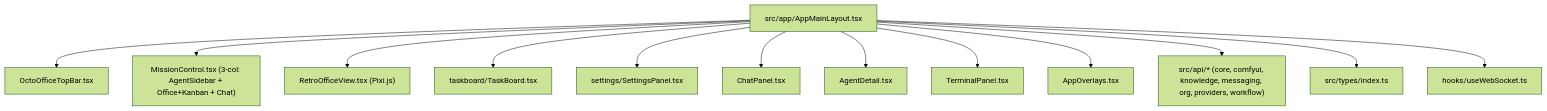
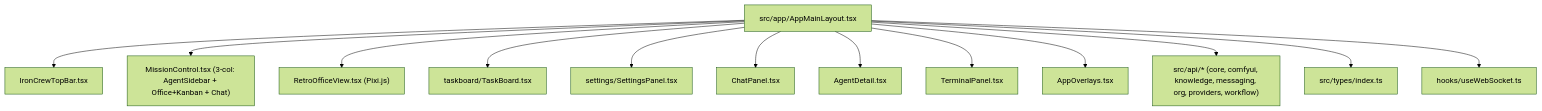
One commit to irongeeks/ironcrew changed the second of 4 diagrams in docs/architecture/CEO-STRUCTURE-MAP.md. Above: the diagram before and after it, drawn with Mermaid (forest theme). The commit also changed other lines of this file and 175 other files, not shown here.

First line of the commit message:
IronCrew branding, without losing anybody's data — plus two quorum bypasses closed (#17)

````diff
--- a/docs/architecture/CEO-STRUCTURE-MAP.md
+++ b/docs/architecture/CEO-STRUCTURE-MAP.md
@@ -47,15 +48,15 @@
 ```mermaid
 flowchart TD
-  App["src/app/AppMainLayout.tsx"] --> Nav["OctoOfficeTopBar.tsx"]
+  App["src/app/AppMainLayout.tsx"] --> Nav["IronCrewTopBar.tsx"]
   App --> MC["MissionControl.tsx (3-col: AgentSidebar + Office+Kanban + Chat)"]
   App --> Office["RetroOfficeView.tsx (Pixi.js)"]
   App --> TaskBoard["taskboard/TaskBoard.tsx"]
   App --> Settings["settings/SettingsPanel.tsx"]
   App --> Chat["ChatPanel.tsx"]
   App --> AgentDetail["AgentDetail.tsx"]
   App --> Terminal["TerminalPanel.tsx"]
   App --> Overlays["AppOverlays.tsx"]
   App --> API["src/api/* (core, comfyui, knowledge, messaging, org, providers, workflow)"]
   App --> Types["src/types/index.ts"]
   App --> WS["hooks/useWebSocket.ts"]
 ```
````
